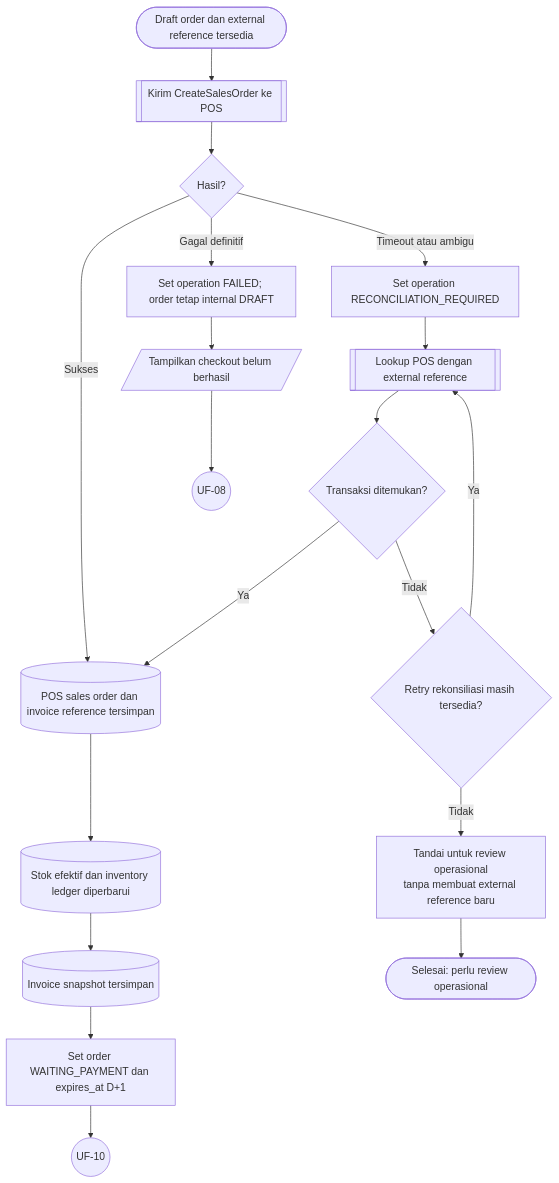
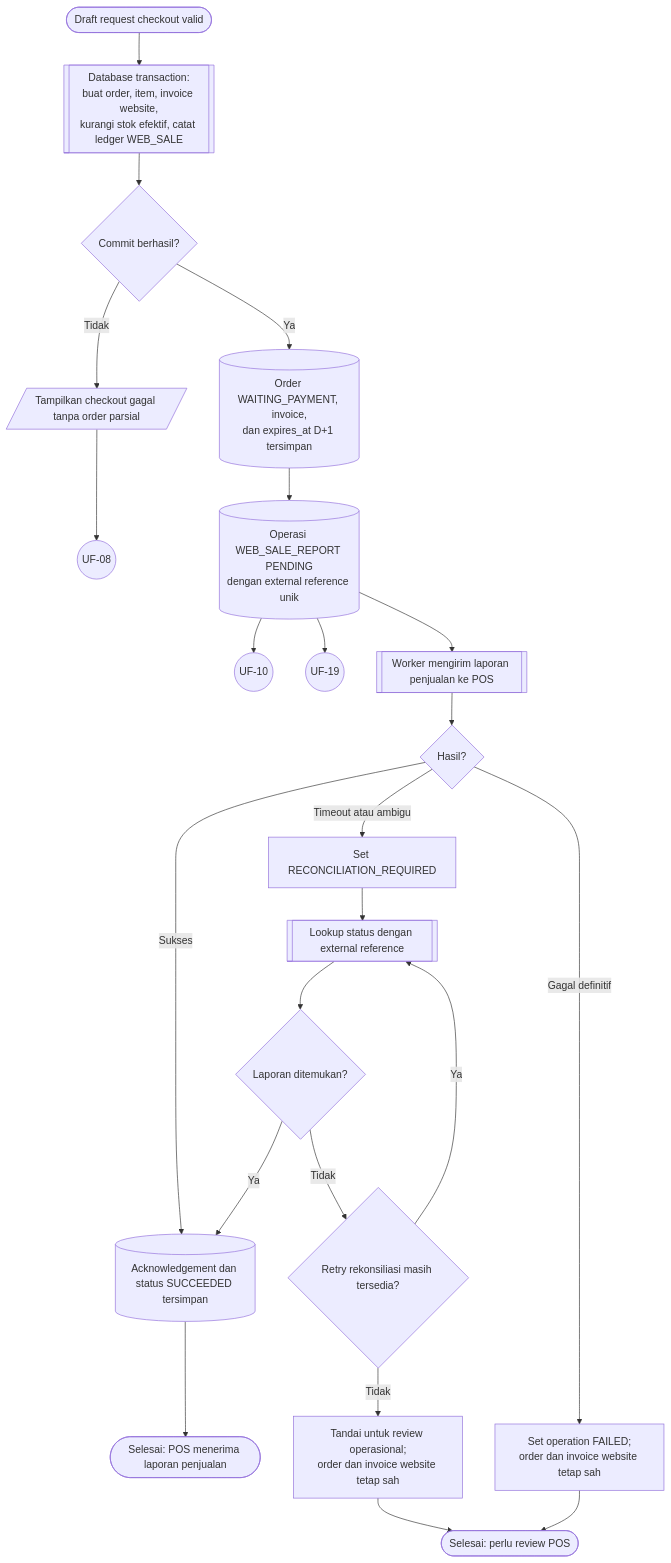
Before and after one commit to Webekspres/pixel-komunika: the ninth of 19 diagrams in docs/design/USER_FLOWS.md, drawn with Mermaid. The commit also changed other lines of this file and 7 other files, not shown here.

Commit message:
docs: align web-owned sales and fulfillment flow

````diff
--- a/docs/design/USER_FLOWS.md
+++ b/docs/design/USER_FLOWS.md
@@ -310,24 +313,29 @@
 ```mermaid
 flowchart TD
-    A(["Draft order dan external reference tersedia"]) --> B[["Kirim CreateSalesOrder ke POS"]]
-    B --> C{"Hasil?"}
-    C -->|Sukses| D[("POS sales order dan invoice reference tersimpan")]
-    D --> E[("Stok efektif dan inventory ledger diperbarui")]
-    E --> F[("Invoice snapshot tersimpan")]
-    F --> G["Set order WAITING_PAYMENT dan expires_at D+1"]
-    G --> C_UF10((UF-10))
-    C -->|Timeout atau ambigu| H["Set operation RECONCILIATION_REQUIRED"]
-    H --> I[["Lookup POS dengan external reference"]]
-    I --> J{"Transaksi ditemukan?"}
-    J -->|Ya| D
-    J -->|Tidak| K{"Retry rekonsiliasi masih tersedia?"}
-    K -->|Ya| I
-    K -->|Tidak| K1["Tandai untuk review operasional<br/>tanpa membuat external reference baru"]
-    K1 --> K2(["Selesai: perlu review operasional"])
-    C -->|Gagal definitif| L["Set operation FAILED; order tetap internal DRAFT"]
-    L --> M[/"Tampilkan checkout belum berhasil"/]
-    M --> C_UF08((UF-08))
+    A(["Draft request checkout valid"]) --> B[["Database transaction:<br/>buat order, item, invoice website,<br/>kurangi stok efektif, catat ledger WEB_SALE"]]
+    B --> C{"Commit berhasil?"}
+    C -->|Tidak| D[/"Tampilkan checkout gagal tanpa order parsial"/]
+    D --> C_UF08((UF-08))
+    C -->|Ya| E[("Order WAITING_PAYMENT, invoice,<br/>dan expires_at D+1 tersimpan")]
+    E --> F[("Operasi WEB_SALE_REPORT PENDING<br/>dengan external reference unik")]
+    F --> C_UF10((UF-10))
+    F --> C_UF19((UF-19))
+    F --> G[["Worker mengirim laporan penjualan ke POS"]]
+    G --> H{"Hasil?"}
+    H -->|Sukses| I[("Acknowledgement dan status SUCCEEDED tersimpan")]
+    I --> J(["Selesai: POS menerima laporan penjualan"])
+    H -->|Timeout atau ambigu| K["Set RECONCILIATION_REQUIRED"]
+    K --> L[["Lookup status dengan external reference"]]
+    L --> M{"Laporan ditemukan?"}
+    M -->|Ya| I
+    M -->|Tidak| N{"Retry rekonsiliasi masih tersedia?"}
+    N -->|Ya| L
+    N -->|Tidak| O["Tandai untuk review operasional;<br/>order dan invoice website tetap sah"]
+    O --> P(["Selesai: perlu review POS"])
+    H -->|Gagal definitif| Q["Set operation FAILED;<br/>order dan invoice website tetap sah"]
+    Q --> P
 
     click C_UF08 "#uf-08-validasi-checkout"
     click C_UF10 "#uf-10-pengajuan-pembayaran"
+    click C_UF19 "#uf-19-notifikasi-order-baru-admin"
 ```
````
